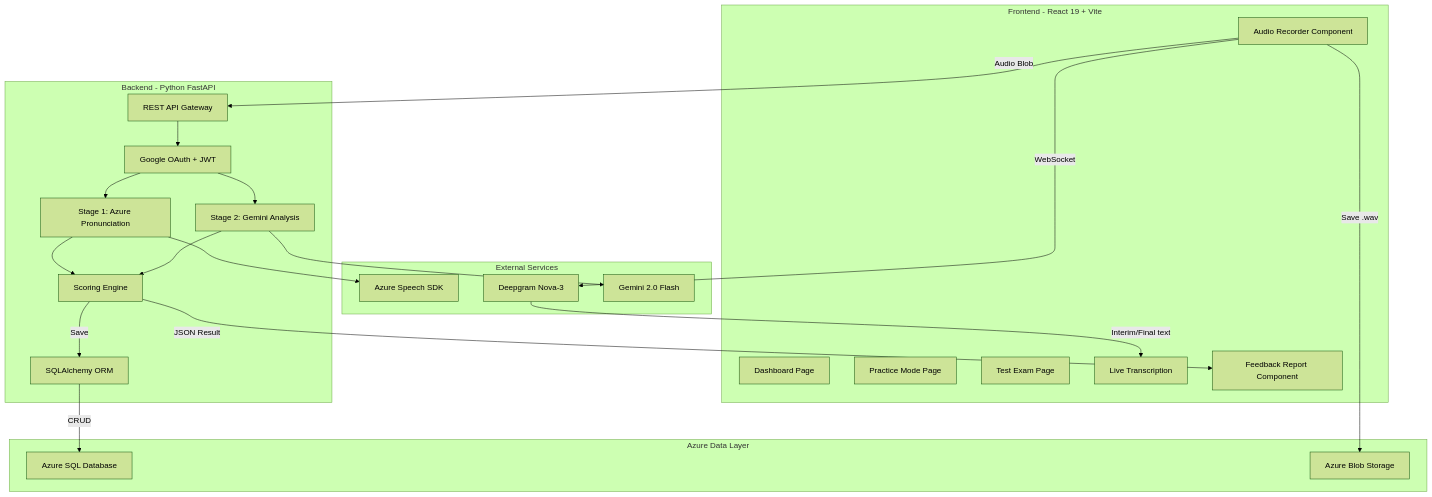
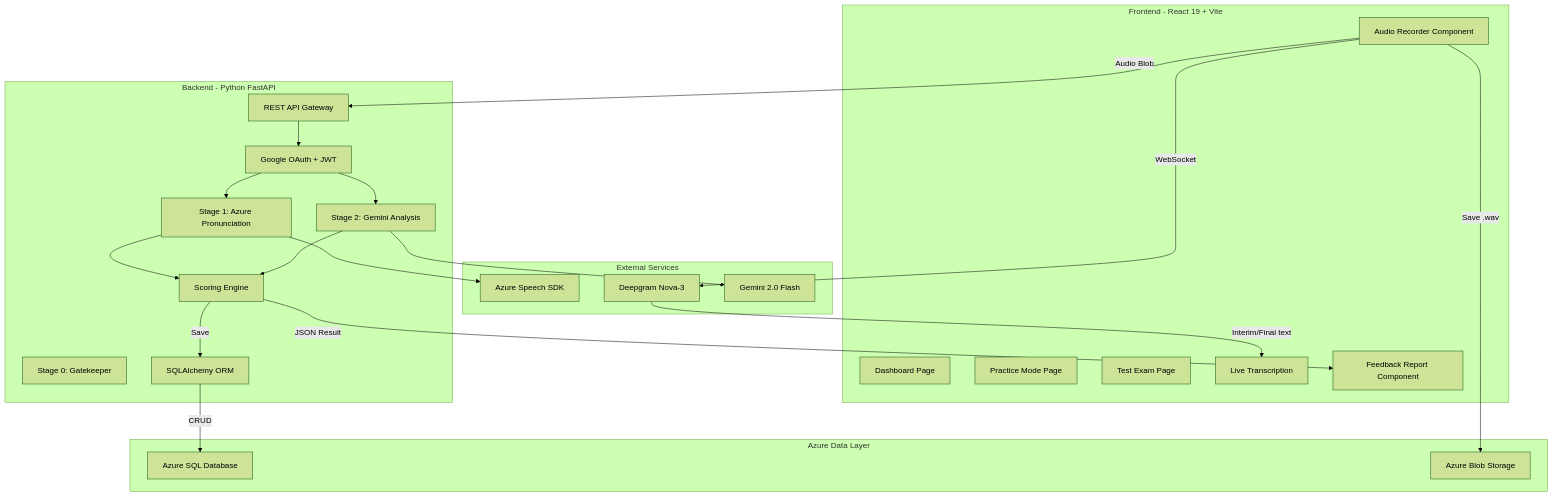
The first of 2 diagrams in docs/ai/design/feature-ielts-speaking-practice.md (trongkhoidev/SpeakingSystem), drawn with Mermaid (forest theme) before and after one commit. The commit also changed other lines of this file and 29 other files, not shown here.

````diff
--- a/docs/ai/design/feature-ielts-speaking-practice.md
+++ b/docs/ai/design/feature-ielts-speaking-practice.md
@@ -13,46 +13,47 @@
 ```mermaid
 graph TD
     subgraph "Frontend - React 19 + Vite"
         Dashboard["Dashboard Page"]
         Practice["Practice Mode Page"]
         TestExam["Test Exam Page"]
         Recorder["Audio Recorder Component"]
         LiveTx["Live Transcription"]
         Feedback["Feedback Report Component"]
     end
 
     subgraph "Backend - Python FastAPI"
         API["REST API Gateway"]
         Auth["Google OAuth + JWT"]
+        GK["Stage 0: Gatekeeper"]
         AZ["Stage 1: Azure Pronunciation"]
         LLM["Stage 2: Gemini Analysis"]
         Scoring["Scoring Engine"]
         ORM["SQLAlchemy ORM"]
     end
 
     subgraph "External Services"
         Azure["Azure Speech SDK"]
         Deepgram["Deepgram Nova-3"]
         Gemini["Gemini 2.0 Flash"]
     end
 
     subgraph "Azure Data Layer"
         AzureSQL["Azure SQL Database"]
         BlobStore["Azure Blob Storage"]
     end
 
     Recorder -->|WebSocket| Deepgram
     Deepgram -->|Interim/Final text| LiveTx
     Recorder -->|Audio Blob| API
     API --> Auth
     Auth --> AZ
     Auth --> LLM
     AZ --> Azure
     LLM --> Gemini
     AZ --> Scoring
     LLM --> Scoring
     Scoring -->|JSON Result| Feedback
     ORM -->|CRUD| AzureSQL
     Scoring -->|Save| ORM
     Recorder -->|Save .wav| BlobStore
 ```
````
